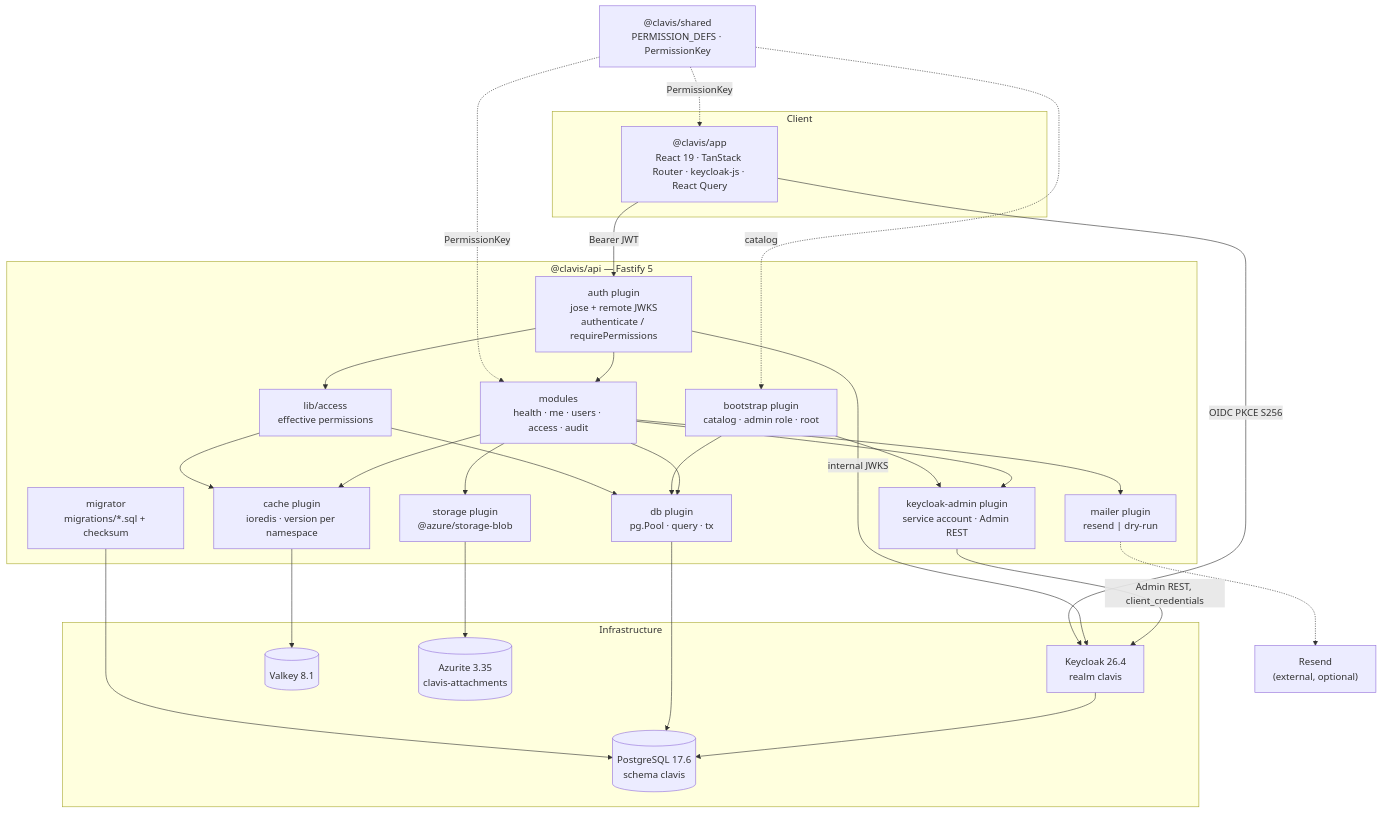
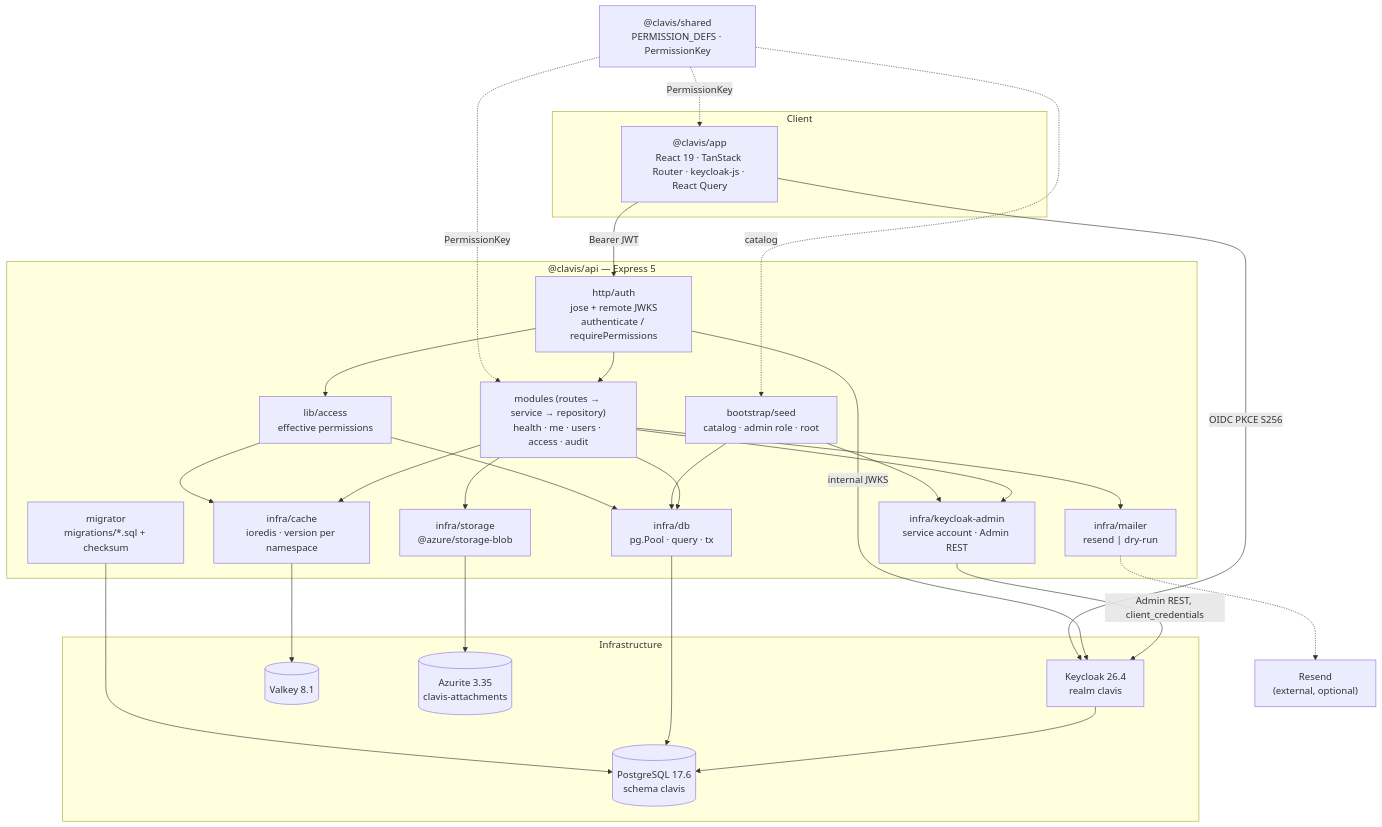
Before and after one commit to mapineda48/clavis: the first of 6 diagrams in docs/architecture.md, drawn with Mermaid. The commit also changed other lines of this file and 67 other files, not shown here.

First line of the commit message:
refactor: migrate the API to Express 5 behind a layered architecture

````diff
--- a/docs/architecture.md
+++ b/docs/architecture.md
@@ -164,55 +164,55 @@
 ```mermaid
 flowchart TB
     subgraph client["Client"]
         SPA["@clavis/app<br/>React 19 · TanStack Router · keycloak-js · React Query"]
     end
 
     SH["@clavis/shared<br/>PERMISSION_DEFS · PermissionKey"]
 
-    subgraph api["@clavis/api — Fastify 5"]
-        AUTH["auth plugin<br/>jose + remote JWKS<br/>authenticate / requirePermissions"]
+    subgraph api["@clavis/api — Express 5"]
+        AUTH["http/auth<br/>jose + remote JWKS<br/>authenticate / requirePermissions"]
         ACC["lib/access<br/>effective permissions"]
-        BOOT["bootstrap plugin<br/>catalog · admin role · root"]
-        KA["keycloak-admin plugin<br/>service account · Admin REST"]
-        MOD["modules<br/>health · me · users · access · audit"]
-        DB["db plugin<br/>pg.Pool · query · tx"]
-        CACHE["cache plugin<br/>ioredis · version per namespace"]
-        STO["storage plugin<br/>@azure/storage-blob"]
-        MAIL["mailer plugin<br/>resend | dry-run"]
+        BOOT["bootstrap/seed<br/>catalog · admin role · root"]
+        KA["infra/keycloak-admin<br/>service account · Admin REST"]
+        MOD["modules (routes → service → repository)<br/>health · me · users · access · audit"]
+        DB["infra/db<br/>pg.Pool · query · tx"]
+        CACHE["infra/cache<br/>ioredis · version per namespace"]
+        STO["infra/storage<br/>@azure/storage-blob"]
+        MAIL["infra/mailer<br/>resend | dry-run"]
         MIG["migrator<br/>migrations/*.sql + checksum"]
     end
 
     subgraph infra["Infrastructure"]
         KC["Keycloak 26.4<br/>realm clavis"]
         PG[("PostgreSQL 17.6<br/>schema clavis")]
         VK[("Valkey 8.1")]
         AZ[("Azurite 3.35<br/>clavis-attachments")]
     end
 
     RS["Resend<br/>(external, optional)"]
 
     SH -.->|"PermissionKey"| SPA
     SH -.->|"PermissionKey"| MOD
     SH -.->|"catalog"| BOOT
     SPA -->|"OIDC PKCE S256"| KC
     SPA -->|"Bearer JWT"| AUTH
     AUTH --> ACC
     ACC --> CACHE
     ACC --> DB
     AUTH --> MOD
     AUTH -->|"internal JWKS"| KC
     BOOT --> DB
     BOOT --> KA
     MOD --> KA
     KA -->|"Admin REST, client_credentials"| KC
     MOD --> DB
     MOD --> CACHE
     MOD --> MAIL
     MOD --> STO
     MIG --> PG
     DB --> PG
     CACHE --> VK
     STO --> AZ
     MAIL -.-> RS
     KC --> PG
 ```
````
